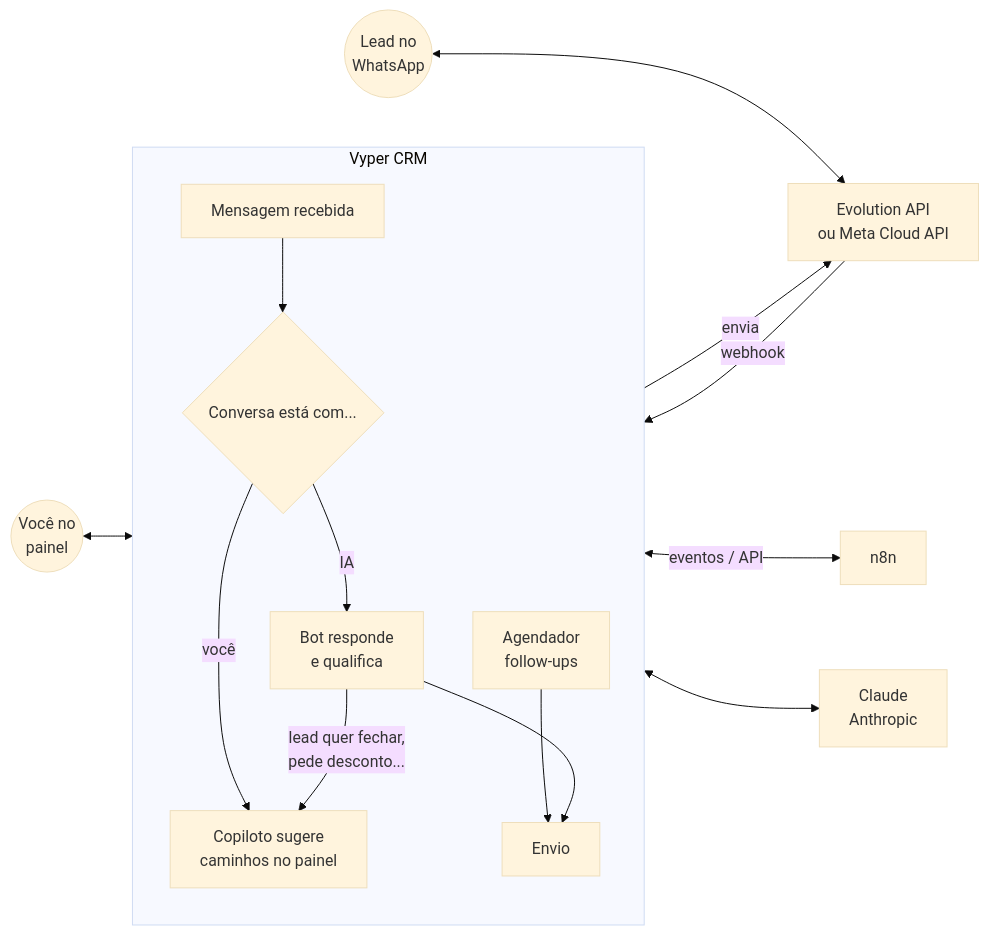
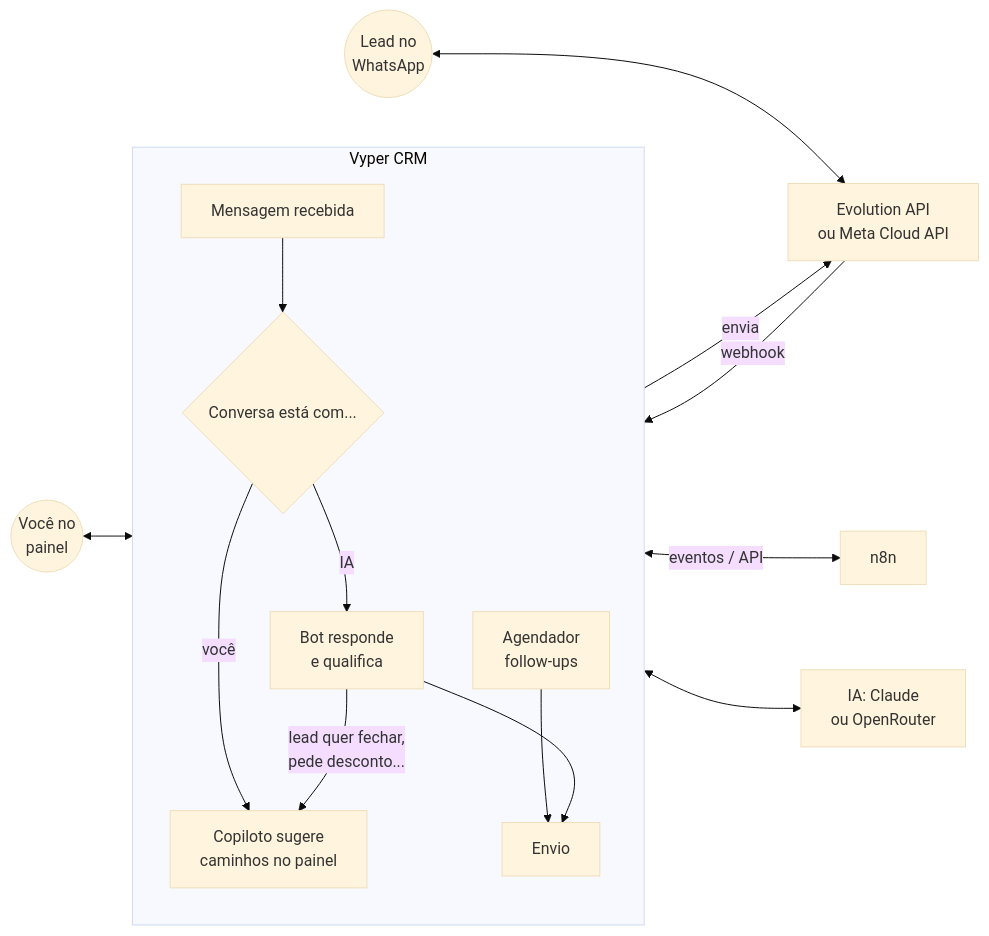
The diagram in vyper-crm/README.md (VyperXt/VyperXt), drawn with Mermaid (base theme) before and after one commit. The commit also changed other lines of this file and 13 other files, not shown here.

First line of the commit message:
IA: suporte ao OpenRouter com modelos gratuitos

````diff
--- a/vyper-crm/README.md
+++ b/vyper-crm/README.md
@@ -36,18 +36,18 @@
 ```mermaid
 flowchart LR
     Lead((Lead no<br/>WhatsApp)) <--> WA[Evolution API<br/>ou Meta Cloud API]
     WA -- webhook --> CRM
     subgraph CRM[Vyper CRM]
       direction TB
       IN[Mensagem recebida] --> Q{Conversa está com...}
       Q -- IA --> BOT[Bot responde<br/>e qualifica]
       Q -- você --> COP[Copiloto sugere<br/>caminhos no painel]
       BOT -- lead quer fechar,<br/>pede desconto... --> COP
       SCH[Agendador<br/>follow-ups] --> OUT[Envio]
       BOT --> OUT
     end
     CRM -- envia --> WA
     CRM <-- eventos / API --> N8N[n8n]
     Voce((Você no<br/>painel)) <--> CRM
-    CRM <--> Claude[Claude<br/>Anthropic]
+    CRM <--> Claude[IA: Claude<br/>ou OpenRouter]
 ```
````
